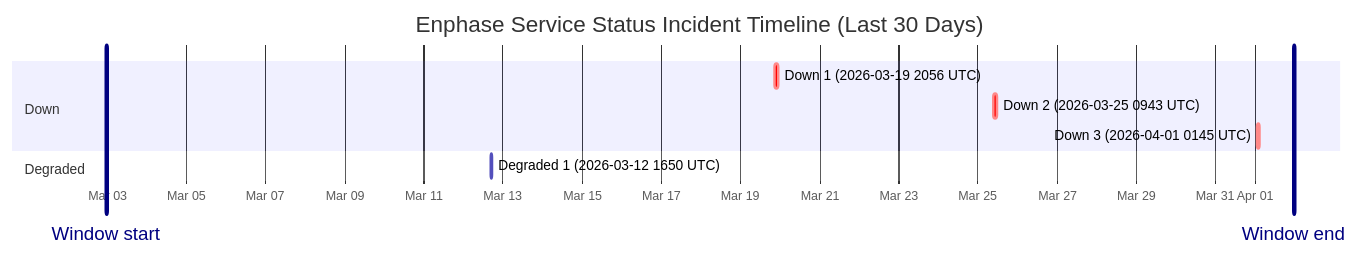
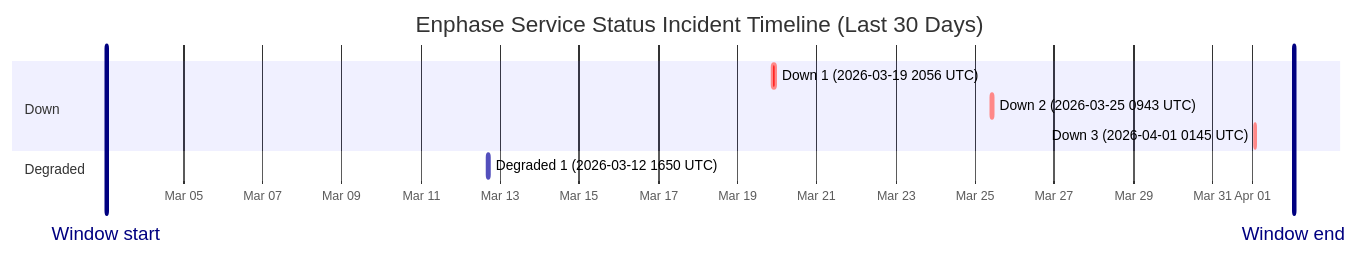
One commit to barneyonline/ha-enphase-ev-charger changed the diagram in wiki/Service-Status-History.md. Above: the diagram before and after it, drawn with Mermaid. The commit also changed other lines of this file and 3 other files, not shown here.

````diff
--- a/wiki/Service-Status-History.md
+++ b/wiki/Service-Status-History.md
@@ -14,14 +14,14 @@
 ```mermaid
 gantt
     title Enphase Service Status Incident Timeline (Last 30 Days)
     dateFormat  YYYY-MM-DDTHH:mm:ss
     axisFormat  %b %d
-    Window start :vert, window-start, 2026-03-02T23:28:28, 0ms
-    Window end :vert, window-end, 2026-04-01T23:28:28, 0ms
+    Window start :vert, window-start, 2026-03-03T01:21:30, 0ms
+    Window end :vert, window-end, 2026-04-02T01:21:30, 0ms
     section Down
     Down 1 (2026-03-19 2056 UTC) :crit, down-1, 2026-03-19T20:56:20, 145m
     Down 2 (2026-03-25 0943 UTC) :crit, down-2, 2026-03-25T09:43:28, 111m
     Down 3 (2026-04-01 0145 UTC) :crit, down-3, 2026-04-01T01:45:09, 60m
     section Degraded
     Degraded 1 (2026-03-12 1650 UTC) :active, degraded-1, 2026-03-12T16:50:43, 60m
 ```
````
